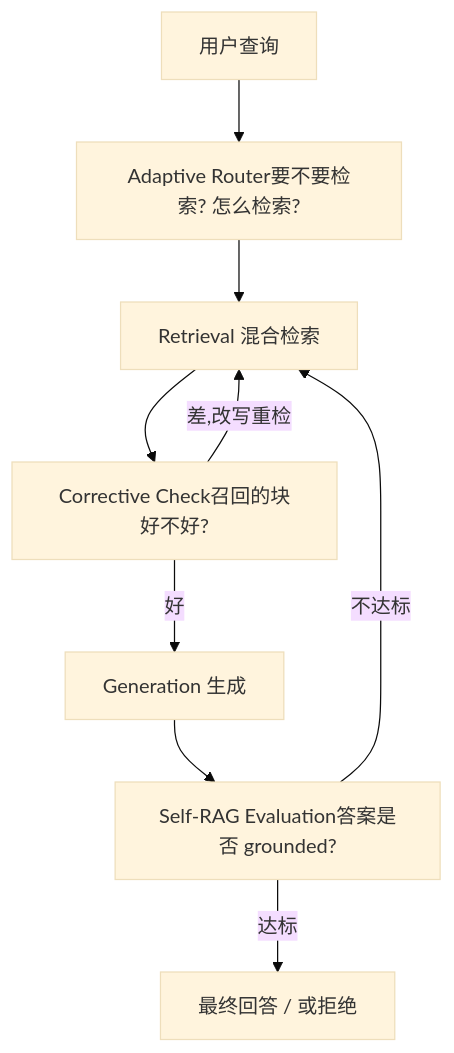
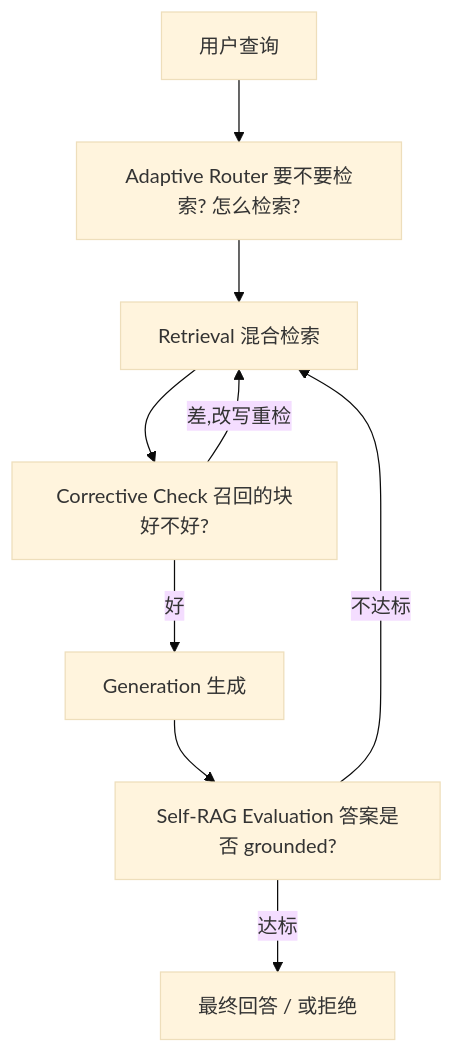
One commit to Laughingtt/kb-retrieval-sys changed diagram 13 of 18 in docs/kb_retrieval_solutions.md. Above: the diagram before and after it, drawn with Mermaid (base theme). The commit also changed other lines of this file, not shown here.

````diff
--- a/docs/kb_retrieval_solutions.md
+++ b/docs/kb_retrieval_solutions.md
@@ -447,11 +476,11 @@
 ```mermaid
 flowchart TD
-    Q[用户查询] --> AR[Adaptive Router要不要检索? 怎么检索?]
+    Q[用户查询] --> AR[Adaptive Router 要不要检索? 怎么检索?]
     AR --> RT[Retrieval 混合检索]
-    RT --> CC[Corrective Check召回的块好不好?]
+    RT --> CC[Corrective Check 召回的块好不好?]
     CC -->|差,改写重检| RT
     CC -->|好| GN[Generation 生成]
-    GN --> SE[Self-RAG Evaluation答案是否 grounded?]
+    GN --> SE[Self-RAG Evaluation 答案是否 grounded?]
     SE -->|不达标| RT
     SE -->|达标| A[最终回答 / 或拒绝]
 ```
````
